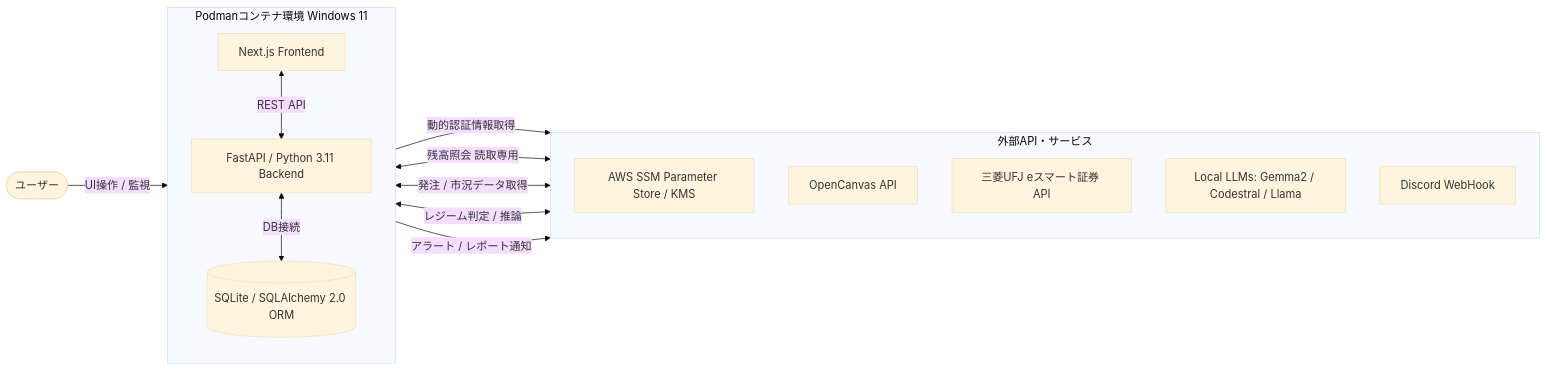
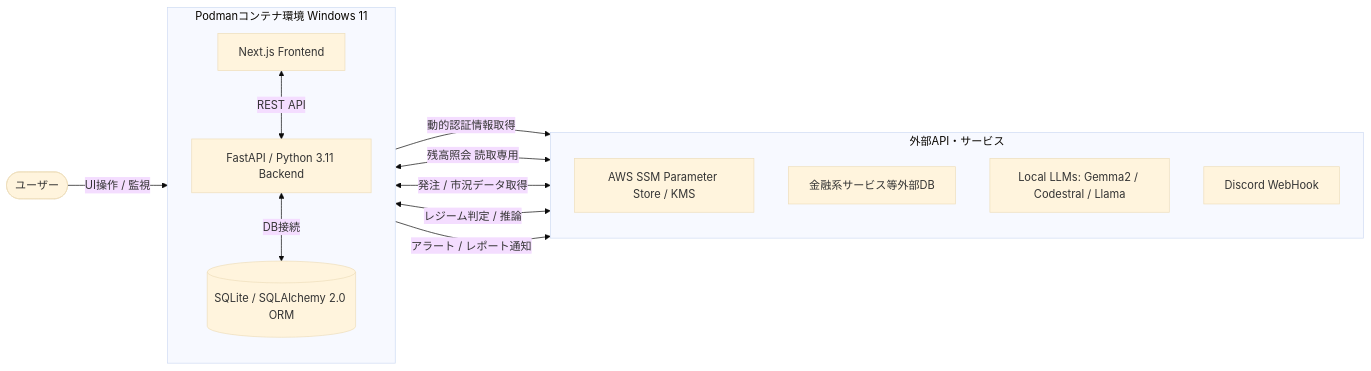
One commit to rartaty/AI-Driven-Asset-Management-Platform changed the diagram in README.md. Above: the diagram before and after it, drawn with Mermaid (base theme). The commit also changed other lines of this file, not shown here.

````diff
--- a/README.md
+++ b/README.md
@@ -5,32 +7,31 @@
 ```mermaid
 graph LR
     %% ノード定義
     User([ユーザー])
     
     subgraph Podman_Environment [Podmanコンテナ環境 Windows 11]
         direction TB
         Frontend[Next.js Frontend]
         Backend[FastAPI / Python 3.11 Backend]
         Database[(SQLite / SQLAlchemy 2.0 ORM)]
         
         Frontend <-->|REST API| Backend
         Backend <-->|DB接続| Database
     end
     
     subgraph External_Services [外部API・サービス]
         direction TB
         AWSSSM[AWS SSM Parameter Store / KMS]
-        OpenCanvas[OpenCanvas API]
-        MitsubishiUFJ[三菱UFJ eスマート証券 API]
+        金融系サービス等外部DB[金融系サービス等外部DB]
         LocalLLMs[Local LLMs: Gemma2 / Codestral / Llama]
         Discord[Discord WebHook]
     end
 
     %% フロー定義
     User -->|UI操作 / 監視| Frontend
     Backend -->|動的認証情報取得| AWSSSM
-    Backend <-->|残高照会 読取専用| OpenCanvas
-    Backend <-->|発注 / 市況データ取得| MitsubishiUFJ
+    Backend <-->|残高照会 読取専用| 金融系サービス等外部DB
+    Backend <-->|発注 / 市況データ取得| 金融系サービス等外部DB
     Backend <-->|レジーム判定 / 推論| LocalLLMs
     Backend -->|アラート / レポート通知| Discord
 ```
````
